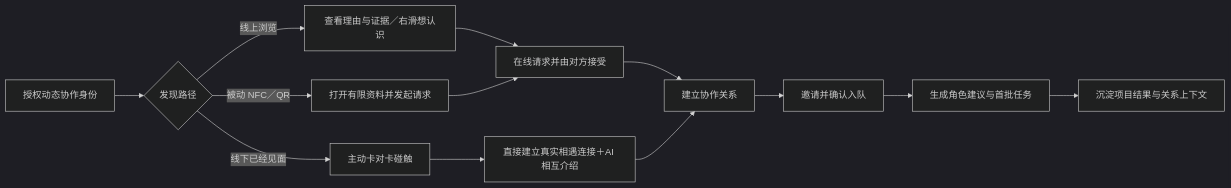
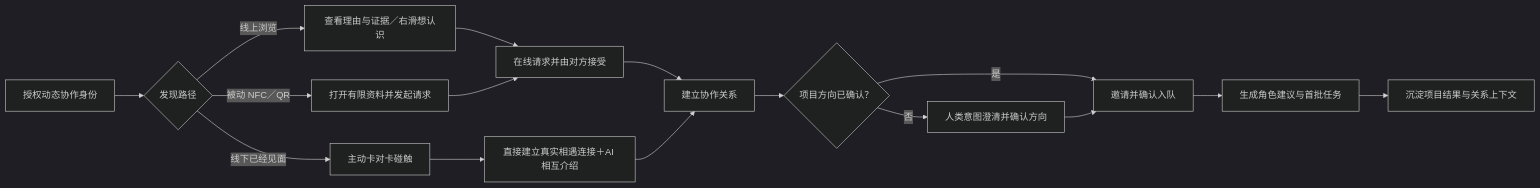
One commit to yangjinmin666/ai-collaboration-passport-hackathon changed the diagram in 当前方案-ToC-AI组队/06-产品定位与差异化.md. Above: the diagram before and after it, drawn with Mermaid (dark theme). The commit also changed other lines of this file and 10 other files, not shown here.

````diff
--- a/当前方案-ToC-AI组队/06-产品定位与差异化.md
+++ b/当前方案-ToC-AI组队/06-产品定位与差异化.md
@@ -131,15 +132,18 @@
 ```mermaid
 flowchart LR
     A["授权动态协作身份"] --> B{"发现路径"}
     B -->|"线上浏览"| C["查看理由与证据／右滑想认识"]
     C --> D["在线请求并由对方接受"]
     B -->|"线下已经见面"| E["主动卡对卡碰触"]
     E --> F["直接建立真实相遇连接＋AI 相互介绍"]
     B -->|"被动 NFC／QR"| H["打开有限资料并发起请求"]
     H --> D
     D --> G["建立协作关系"]
     F --> G
-    G --> I["邀请并确认入队"]
-    I --> J["生成角色建议与首批任务"]
-    J --> K["沉淀项目结果与关系上下文"]
+    G --> I{"项目方向已确认？"}
+    I -->|"否"| IA["人类意图澄清并确认方向"]
+    I -->|"是"| J["邀请并确认入队"]
+    IA --> J
+    J --> K["生成角色建议与首批任务"]
+    K --> L["沉淀项目结果与关系上下文"]
 ```
````
